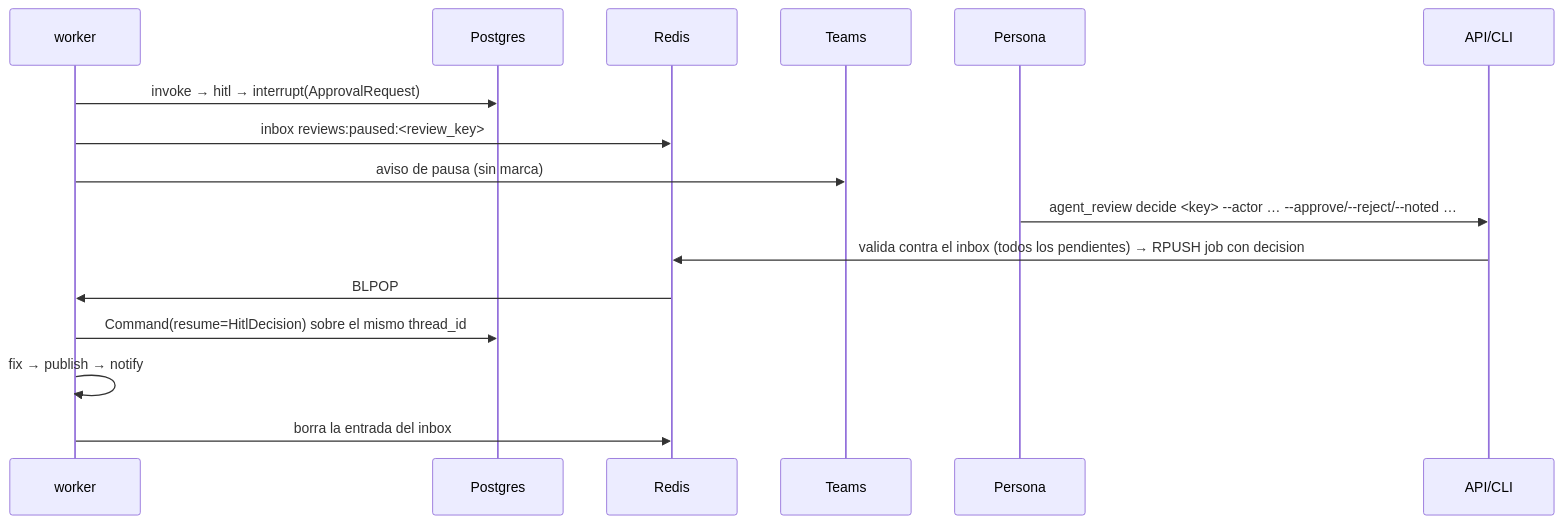
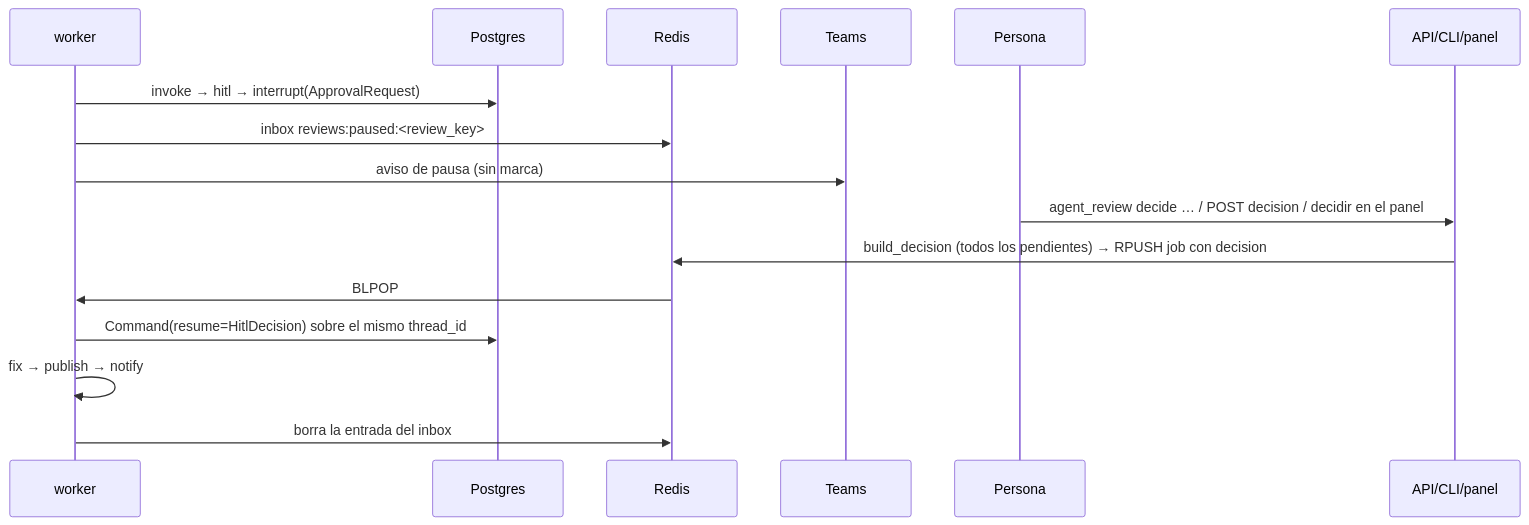
One commit to pcgarat/agent-review-langgraph changed the fifth of 6 diagrams in docs/arquitectura.md. Above: the diagram before and after it, drawn with Mermaid. The commit also changed other lines of this file and 14 other files, not shown here.

First line of the commit message:
feat(022): decidir pendientes humanos desde el panel

````diff
--- a/docs/arquitectura.md
+++ b/docs/arquitectura.md
@@ -260,18 +260,18 @@
 ```mermaid
 sequenceDiagram
     participant W as worker
     participant PG as Postgres
     participant R as Redis
     participant T as Teams
     participant H as Persona
-    participant API as API/CLI
+    participant API as API/CLI/panel
     W->>PG: invoke → hitl → interrupt(ApprovalRequest)
     W->>R: inbox reviews:paused:<review_key>
     W->>T: aviso de pausa (sin marca)
-    H->>API: agent_review decide <key> --actor … --approve/--reject/--noted …
-    API->>R: valida contra el inbox (todos los pendientes) → RPUSH job con decision
+    H->>API: agent_review decide … / POST decision / decidir en el panel
+    API->>R: build_decision (todos los pendientes) → RPUSH job con decision
     R->>W: BLPOP
     W->>PG: Command(resume=HitlDecision) sobre el mismo thread_id
     W->>W: fix → publish → notify
     W->>R: borra la entrada del inbox
 ```
````
